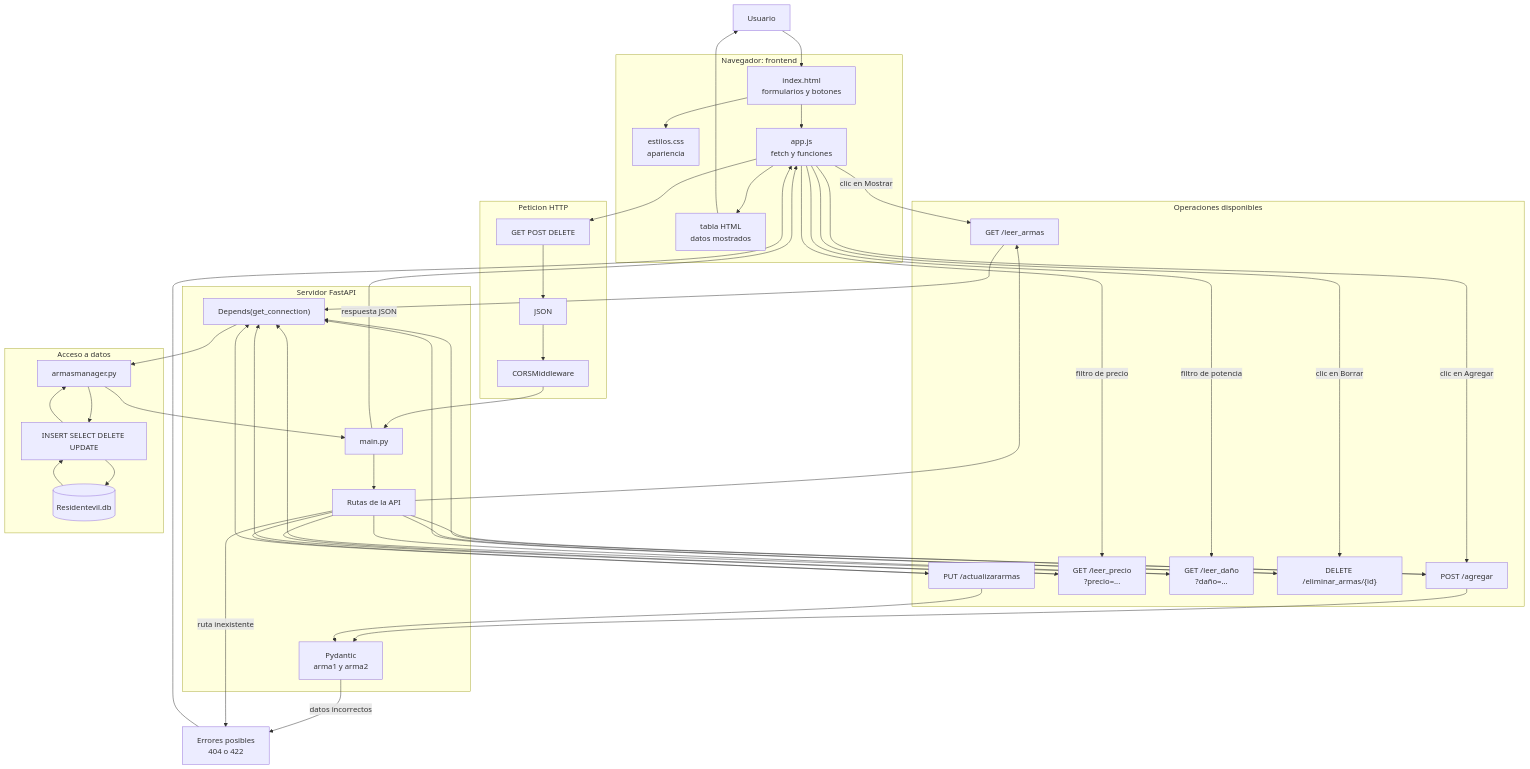
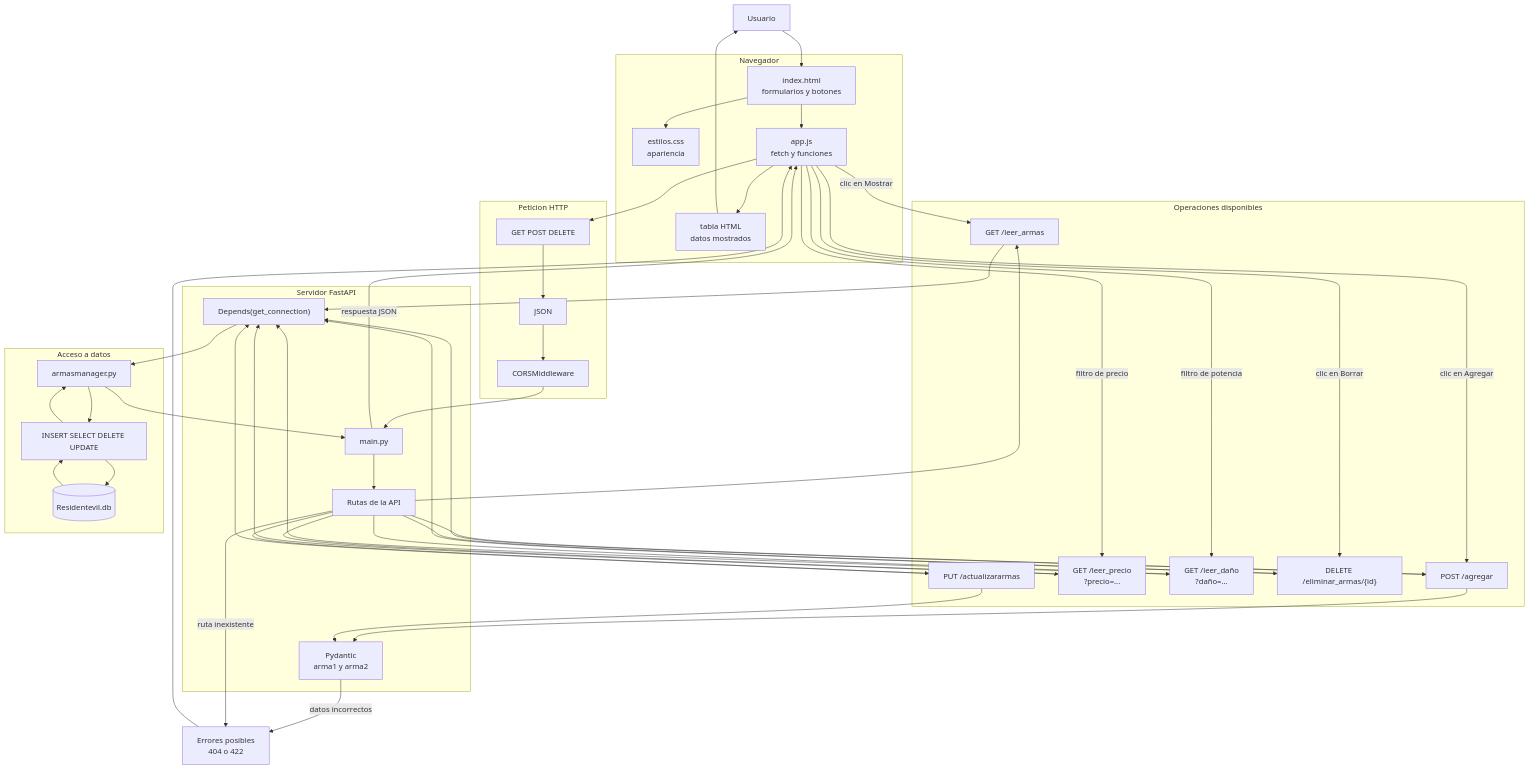
The diagram in README.md (felipapa/crudre4), drawn with Mermaid before and after one commit.

Commit message:
Simplificar diagrama Mermaid

```diff
--- a/README.md
+++ b/README.md
@@ -3,27 +3,27 @@
 
     Usuario["Usuario"]
 
-    subgraph Frontend["Navegador: frontend"]
+    subgraph Frontend [Navegador]
         HTML["index.html<br>formularios y botones"]
         CSS["estilos.css<br>apariencia"]
         JS["app.js<br>fetch y funciones"]
         Tabla["tabla HTML<br>datos mostrados"]
     end
 
-    subgraph Peticion["Peticion HTTP"]
+    subgraph Peticion [Peticion HTTP]
         Metodo["GET POST DELETE"]
         JSON["JSON"]
         CORS["CORSMiddleware"]
     end
 
-    subgraph Backend["Servidor FastAPI"]
+    subgraph Backend [Servidor FastAPI]
         API["main.py"]
         Rutas["Rutas de la API"]
         Validar["Pydantic<br>arma1 y arma2"]
         Conexion["Depends(get_connection)"]
     end
 
-    subgraph Operaciones["Operaciones disponibles"]
+    subgraph Operaciones [Operaciones disponibles]
         Crear["POST /agregar"]
         Leer["GET /leer_armas"]
         Precio["GET /leer_precio<br>?precio=..."]
@@ -32,7 +32,7 @@
         Actualizar["PUT /actualizararmas"]
     end
 
-    subgraph Datos["Acceso a datos"]
+    subgraph Datos [Acceso a datos]
         Manager["armasmanager.py"]
         SQL["INSERT SELECT DELETE UPDATE"]
         SQLite[("Residentevil.db")]
```
